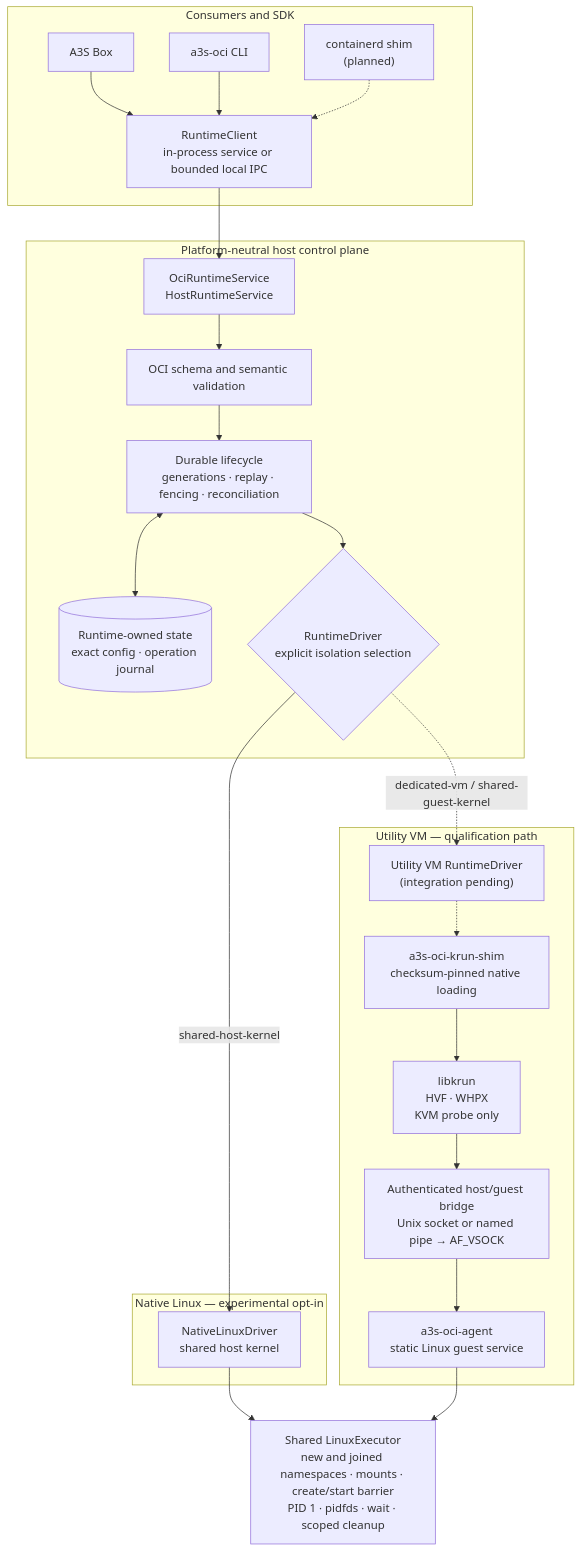
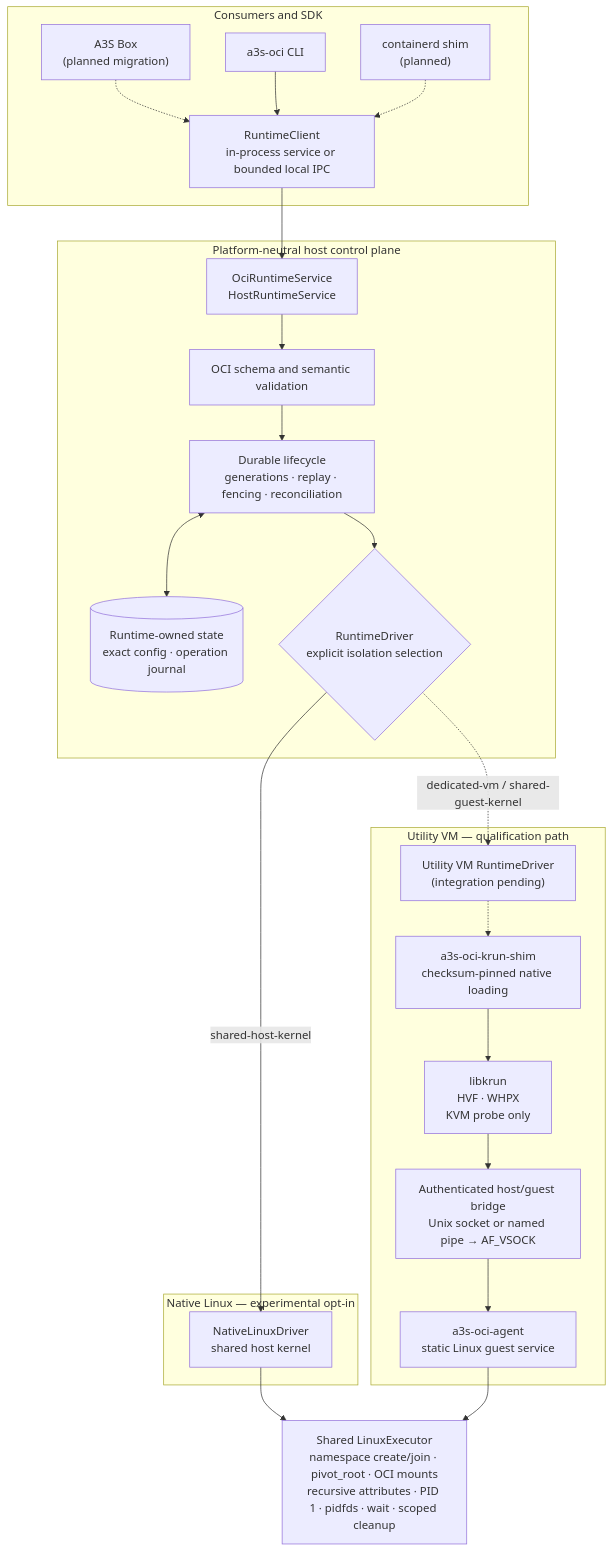
One commit to A3S-Lab/OCI-Runtime changed the diagram in README.md. Above: the diagram before and after it, drawn with Mermaid. The commit also changed other lines of this file, not shown here.

Commit message:
docs: clarify OCI runtime architecture

````diff
--- a/README.md
+++ b/README.md
@@ -504,46 +504,46 @@
 ```mermaid
 flowchart TB
     subgraph consumers["Consumers and SDK"]
-        box["A3S Box"]
+        box["A3S Box<br/>(planned migration)"]
         cli["a3s-oci CLI"]
         containerd["containerd shim<br/>(planned)"]
         client["RuntimeClient<br/>in-process service or bounded local IPC"]
-        box --> client
+        box -.-> client
         cli --> client
         containerd -.-> client
     end
 
     subgraph control["Platform-neutral host control plane"]
         service["OciRuntimeService<br/>HostRuntimeService"]
         validation["OCI schema and semantic validation"]
         lifecycle["Durable lifecycle<br/>generations · replay · fencing · reconciliation"]
         state[("Runtime-owned state<br/>exact config · operation journal")]
         selection{"RuntimeDriver<br/>explicit isolation selection"}
 
         service --> validation --> lifecycle --> selection
         lifecycle <--> state
     end
 
     subgraph native["Native Linux — experimental opt-in"]
         native_driver["NativeLinuxDriver<br/>shared host kernel"]
     end
 
     subgraph utility["Utility VM — qualification path"]
         utility_driver["Utility VM RuntimeDriver<br/>(integration pending)"]
         shim["a3s-oci-krun-shim<br/>checksum-pinned native loading"]
         hypervisor["libkrun<br/>HVF · WHPX<br/>KVM probe only"]
         bridge["Authenticated host/guest bridge<br/>Unix socket or named pipe → AF_VSOCK"]
         agent["a3s-oci-agent<br/>static Linux guest service"]
 
         utility_driver -.-> shim
         shim --> hypervisor --> bridge --> agent
     end
 
-    executor["Shared LinuxExecutor<br/>new and joined namespaces · mounts · create/start barrier<br/>PID 1 · pidfds · wait · scoped cleanup"]
+    executor["Shared LinuxExecutor<br/>namespace create/join · pivot_root · OCI mounts<br/>recursive attributes · PID 1 · pidfds · wait · scoped cleanup"]
 
     client --> service
     selection -->|"shared-host-kernel"| native_driver
     selection -.->|"dedicated-vm / shared-guest-kernel"| utility_driver
     native_driver --> executor
     agent --> executor
 ```
````
